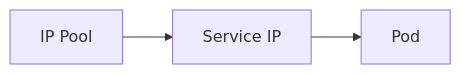
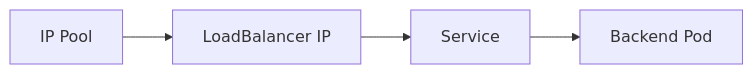
Before and after one commit to OneUptime/blog: the diagram in posts/2026-03-13-avoid-mistakes-service-lb-addresses-calico/README.md, drawn with Mermaid. The commit also changed other lines of this file and 2 other files, not shown here.

Commit message:
validate: 2026-03-13-avoid-mistakes-service-lb-addresses-calico

````diff
--- a/posts/2026-03-13-avoid-mistakes-service-lb-addresses-calico/README.md
+++ b/posts/2026-03-13-avoid-mistakes-service-lb-addresses-calico/README.md
@@ -49,5 +54,6 @@
 ```mermaid
 graph LR
-    POOL[IP Pool] --> SERVICE[Service IP]
-    SERVICE --> POD[Pod]
+    POOL[IP Pool] --> IP[LoadBalancer IP]
+    IP --> SERVICE[Service]
+    SERVICE --> BACKEND[Backend Pod]
 ```
````
